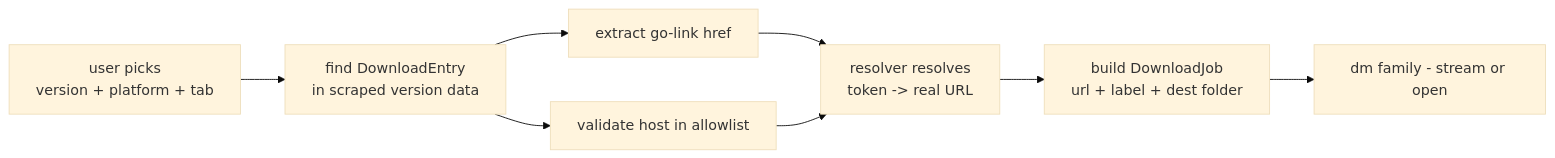
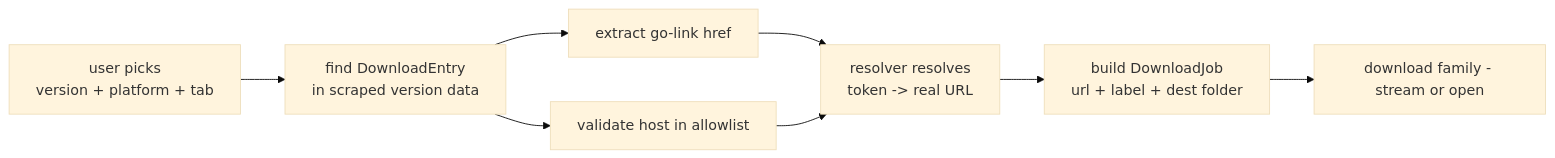
Before and after one commit to HELIX-Origin/LewdZone-Launcher: the diagram in .agents/agents/resolver/dispatch-builder/dispatch-builder.md, drawn with Mermaid (base theme). The commit also changed 9 other files, not shown here.

````diff
--- a/.agents/agents/resolver/dispatch-builder/dispatch-builder.md
+++ b/.agents/agents/resolver/dispatch-builder/dispatch-builder.md
@@ -16,10 +16,10 @@
 ```mermaid
 flowchart LR
     A["user picks<br/>version + platform + tab"] --> B["find DownloadEntry<br/>in scraped version data"]
     B --> C[extract go-link href]
     C --> D["resolver resolves<br/>token -> real URL"]
     D --> E["build DownloadJob<br/>url + label + dest folder"]
-    E --> F[dm family - stream or open]
+    E --> F[download family - stream or open]
     B --> G[validate host in allowlist]
     G --> D
 ```
````
